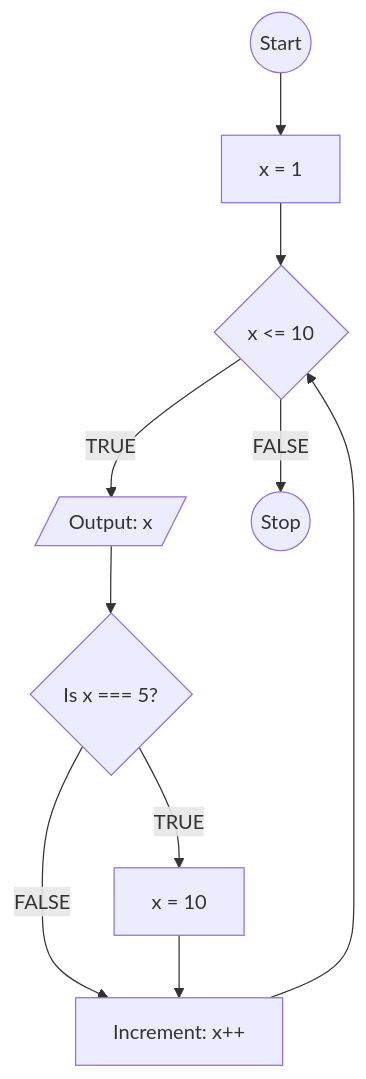
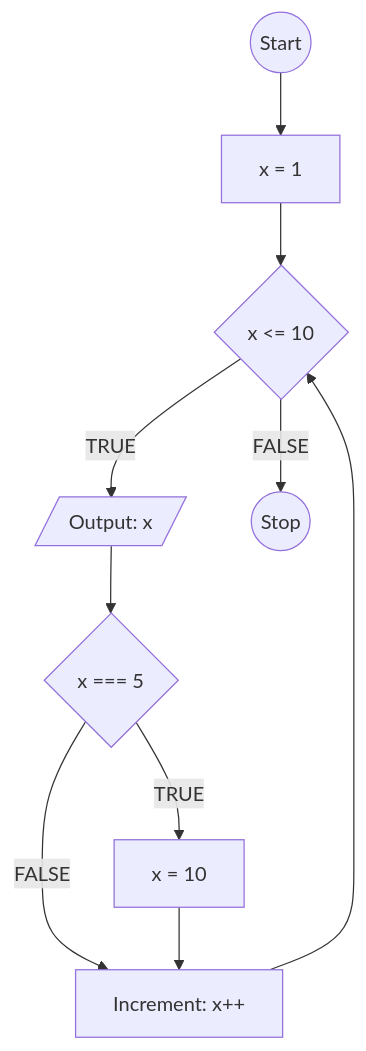
Before and after one commit to makarim22/koda-b6-javascript1: the diagram in flowchart-loop.md, drawn with Mermaid.

````diff
--- a/flowchart-loop.md
+++ b/flowchart-loop.md
@@ -2,30 +2,31 @@
 ```mermaid
 flowchart TD
 
 A@{ shape: circle, label: "Start" } --> B
 
 B@{ shape: rect, label: "x = 1" } --> C
 
 C@{ shape: diamond, label: "x <= 10" }
 
 D@{ shape: lean-r, label: "Output: x" }
 
-E@{ shape: diamond, label: "Is x === 5?" }
+E@{ shape: diamond, label: "x === 5" }
 
 F@{ shape: rect, label: "x = 10" }
 
 G@{ shape: rect, label: "Increment: x++" }
 
 H@{ shape: circle, label: "Stop" }
 
 C -->|TRUE| D
 C -->|FALSE| H
 
 D --> E
 
 E -- "TRUE" --> F
 E -- "FALSE" --> G
 
 F --> G
 G --> C
+
 ```
````
